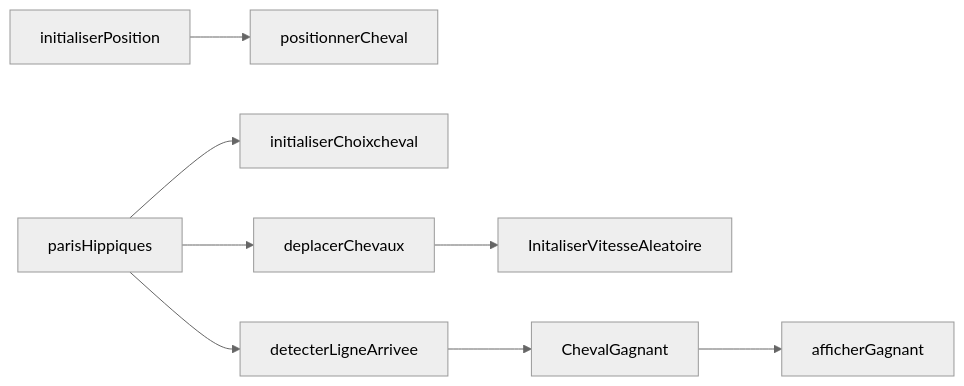
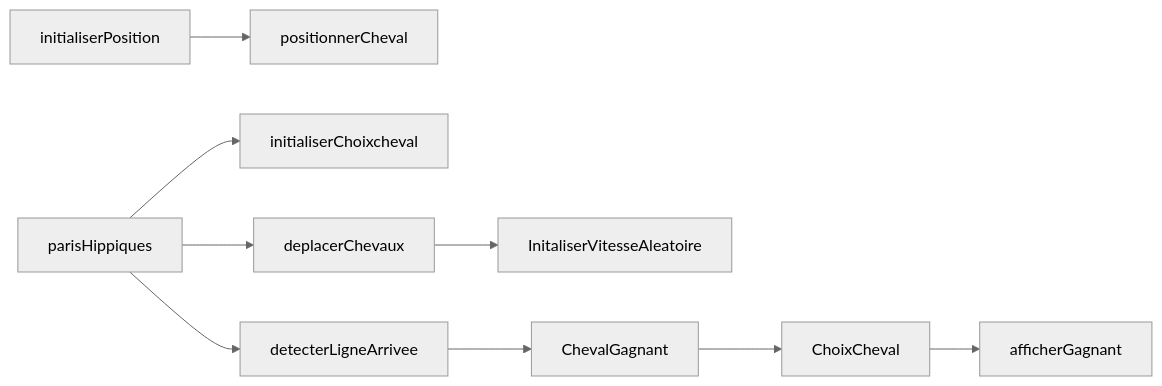
Before and after one commit to ING1-Paris/ece-world-paris-ing1-2022-2023-nintendeau: the second of 10 diagrams in presentation/presentation.md, drawn with Mermaid. The commit also changed other lines of this file, not shown here.

```diff
--- a/presentation/presentation.md
+++ b/presentation/presentation.md
@@ -190,12 +191,11 @@
 <div class="mermaid">
 %%{init: {'theme':'neutral'}}%%
 flowchart LR
     parisHippiques --> initialiserChoixcheval
     initialiserPosition --> positionnerCheval
     parisHippiques --> deplacerChevaux
     deplacerChevaux --> InitaliserVitesseAleatoire
     parisHippiques --> detecterLigneArrivee
-    detecterLigneArrivee --> ChevalGagnant
-    ChevalGagnant --> afficherGagnant
+    detecterLigneArrivee --> ChevalGagnant --> ChoixCheval -->afficherGagnant
 
 </div>
```
